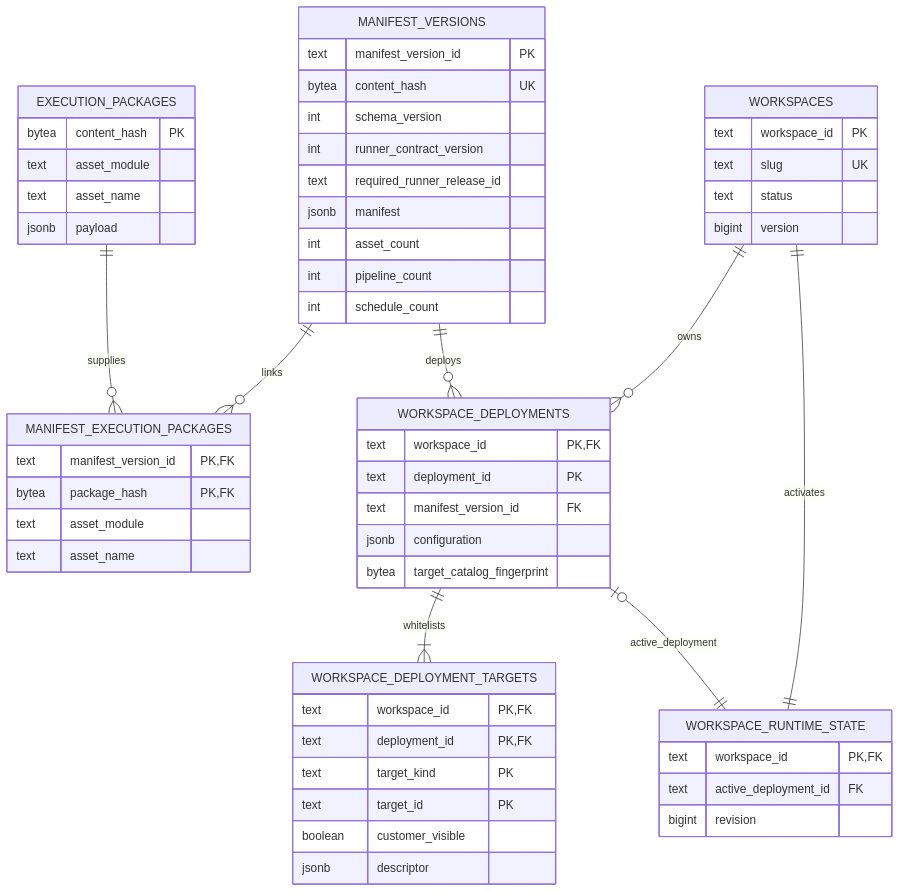
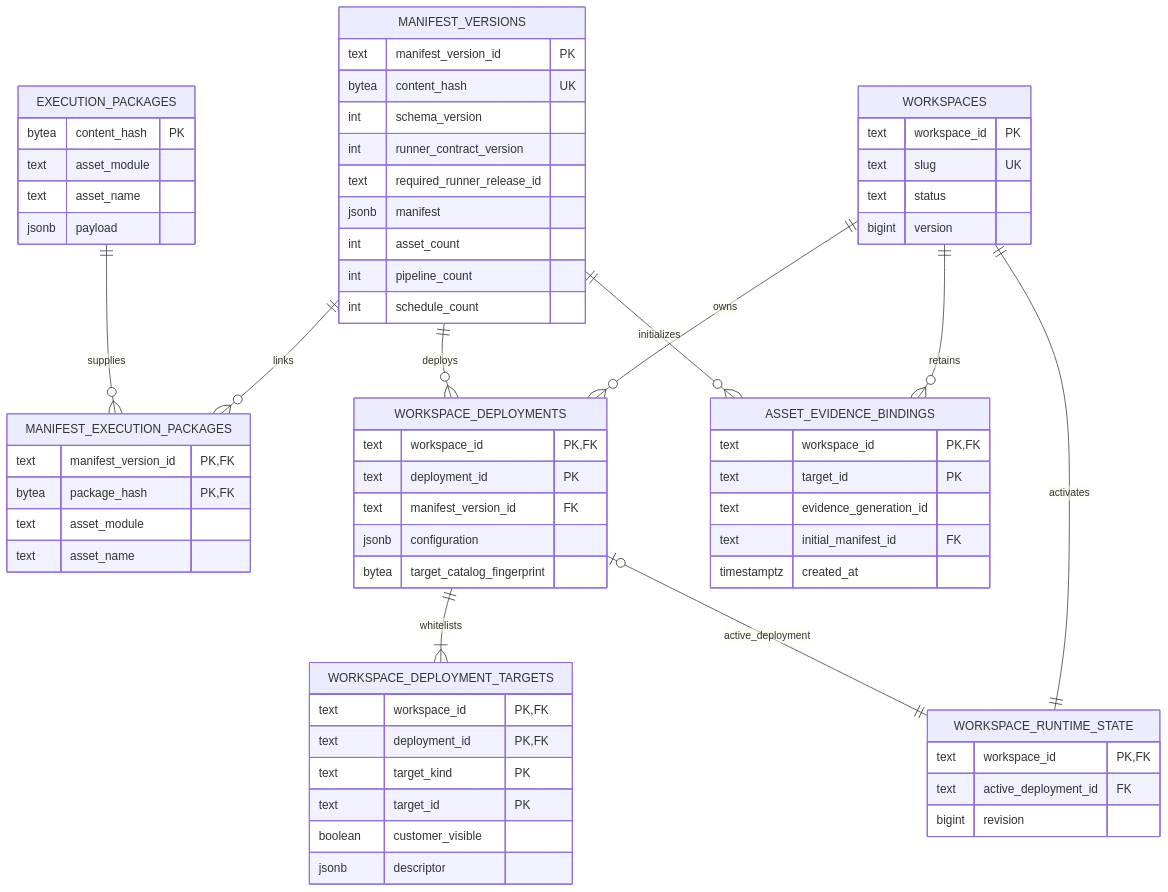
One commit to eirhop/favn changed the first of 4 diagrams in docs/storage/postgresql/data-model.md. Above: the diagram before and after it, drawn with Mermaid. The commit also changed other lines of this file and 34 other files, not shown here.

````diff
--- a/docs/storage/postgresql/data-model.md
+++ b/docs/storage/postgresql/data-model.md
@@ -14,60 +14,69 @@
 ```mermaid
 erDiagram
     WORKSPACES {
         text workspace_id PK
         text slug UK
         text status
         bigint version
     }
     MANIFEST_VERSIONS {
         text manifest_version_id PK
         bytea content_hash UK
         int schema_version
         int runner_contract_version
         text required_runner_release_id
         jsonb manifest
         int asset_count
         int pipeline_count
         int schedule_count
     }
     EXECUTION_PACKAGES {
         bytea content_hash PK
         text asset_module
         text asset_name
         jsonb payload
     }
     MANIFEST_EXECUTION_PACKAGES {
         text manifest_version_id PK, FK
         bytea package_hash PK, FK
         text asset_module
         text asset_name
     }
     WORKSPACE_DEPLOYMENTS {
         text workspace_id PK, FK
         text deployment_id PK
         text manifest_version_id FK
         jsonb configuration
         bytea target_catalog_fingerprint
     }
     WORKSPACE_DEPLOYMENT_TARGETS {
         text workspace_id PK, FK
         text deployment_id PK, FK
         text target_kind PK
         text target_id PK
         boolean customer_visible
         jsonb descriptor
     }
     WORKSPACE_RUNTIME_STATE {
         text workspace_id PK, FK
         text active_deployment_id FK
         bigint revision
     }
+    ASSET_EVIDENCE_BINDINGS {
+        text workspace_id PK, FK
+        text target_id PK
+        text evidence_generation_id
+        text initial_manifest_id FK
+        timestamptz created_at
+    }
 
     MANIFEST_VERSIONS ||--o{ MANIFEST_EXECUTION_PACKAGES : links
     EXECUTION_PACKAGES ||--o{ MANIFEST_EXECUTION_PACKAGES : supplies
     WORKSPACES ||--o{ WORKSPACE_DEPLOYMENTS : owns
     MANIFEST_VERSIONS ||--o{ WORKSPACE_DEPLOYMENTS : deploys
     WORKSPACE_DEPLOYMENTS ||--|{ WORKSPACE_DEPLOYMENT_TARGETS : whitelists
     WORKSPACES ||--|| WORKSPACE_RUNTIME_STATE : activates
     WORKSPACE_DEPLOYMENTS o|--|| WORKSPACE_RUNTIME_STATE : active_deployment
+    WORKSPACES ||--o{ ASSET_EVIDENCE_BINDINGS : retains
+    MANIFEST_VERSIONS ||--o{ ASSET_EVIDENCE_BINDINGS : initializes
 ```
````
